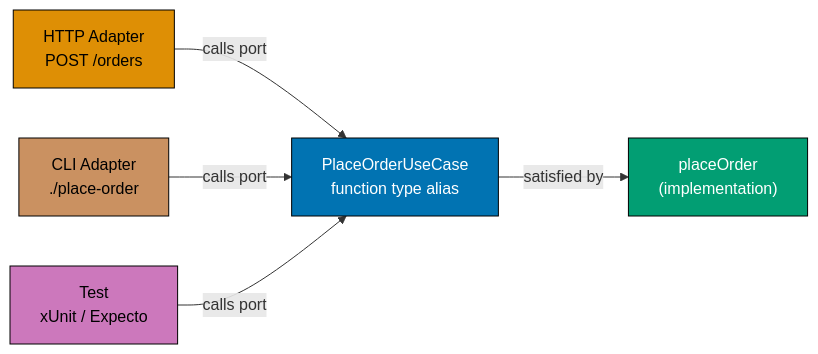
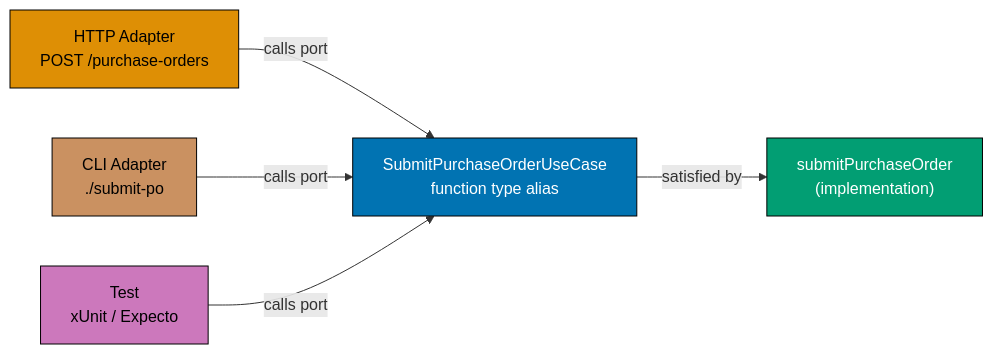
The second of 3 diagrams in apps/ayokoding-web/content/en/learn/software-engineering/architecture/hexagonal-architecture/fp-by-example/beginner.md (wahidyankf/open-sharia-enterprise), drawn with Mermaid before and after one commit. The commit also changed other lines of this file and 38 other files, not shown here.

First line of the commit message:
docs(ayokoding-web): unify architecture tutorials on shared P2P domain

````diff
--- a/apps/ayokoding-web/content/en/learn/software-engineering/architecture/hexagonal-architecture/fp-by-example/beginner.md
+++ b/apps/ayokoding-web/content/en/learn/software-engineering/architecture/hexagonal-architecture/fp-by-example/beginner.md
@@ -175,19 +183,19 @@
 ```mermaid
 graph LR
-    HTTP["HTTP Adapter\nPOST /orders"]
-    CLI["CLI Adapter\n./place-order"]
+    HTTP["HTTP Adapter\nPOST /purchase-orders"]
+    CLI["CLI Adapter\n./submit-po"]
     TEST["Test\nxUnit / Expecto"]
-    PORT["PlaceOrderUseCase\nfunction type alias"]
-    SVC["placeOrder\n(implementation)"]
+    PORT["SubmitPurchaseOrderUseCase\nfunction type alias"]
+    SVC["submitPurchaseOrder\n(implementation)"]
 
     HTTP -- "calls port" --> PORT
     CLI  -- "calls port" --> PORT
     TEST -- "calls port" --> PORT
     PORT -- "satisfied by" --> SVC
 
     style PORT fill:#0173B2,stroke:#000,color:#fff
     style SVC fill:#029E73,stroke:#000,color:#fff
     style HTTP fill:#DE8F05,stroke:#000,color:#000
     style CLI fill:#CA9161,stroke:#000,color:#000
     style TEST fill:#CC78BC,stroke:#000,color:#000
 ```
````
